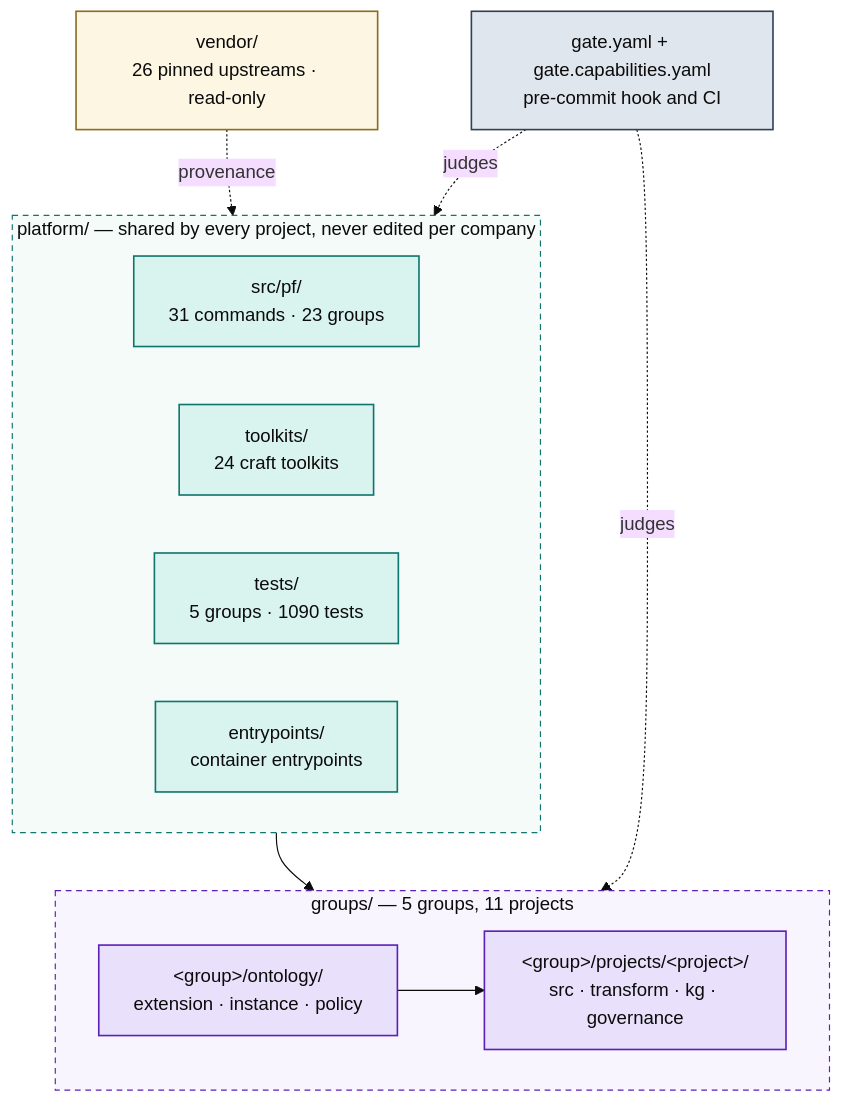
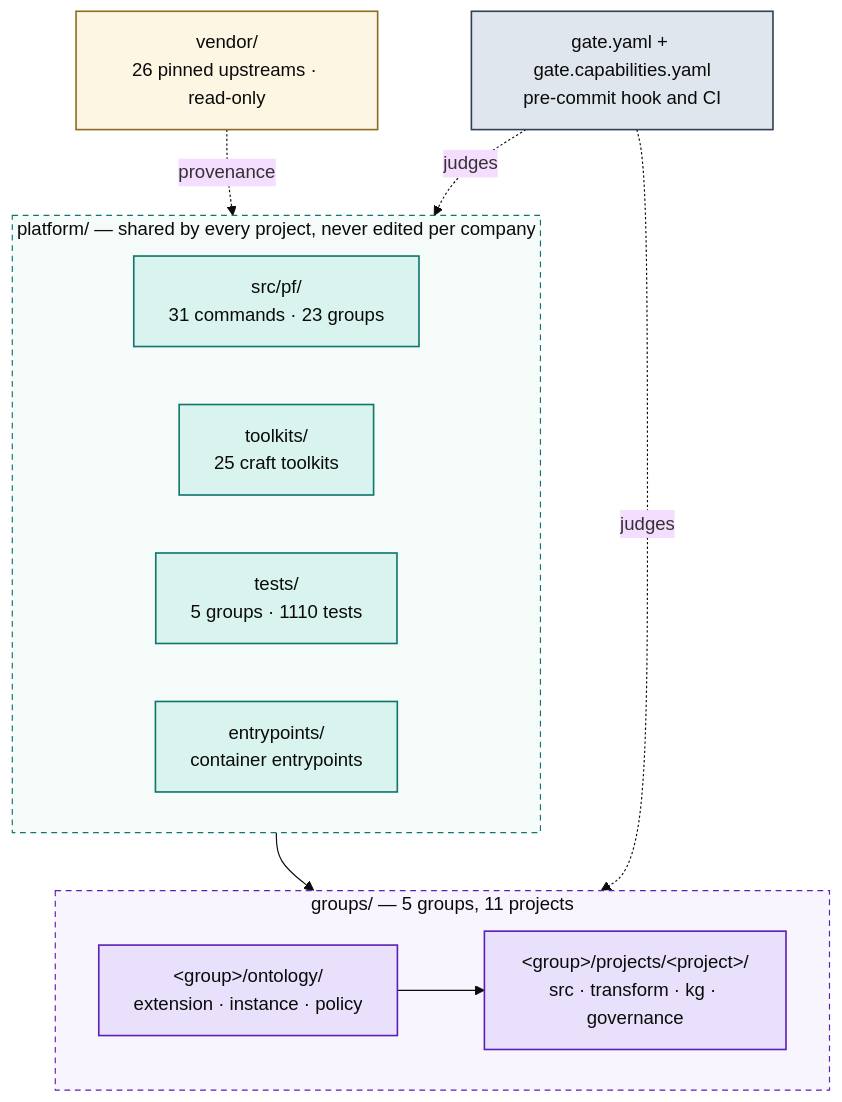
Before and after one commit to Atomz-org/data-platform: the first of 5 diagrams in docs/ARCHITECTURE.md, drawn with Mermaid (base theme). The commit also changed other lines of this file and 7 other files, not shown here.

````diff
--- a/docs/ARCHITECTURE.md
+++ b/docs/ARCHITECTURE.md
@@ -15,36 +15,36 @@
 ```mermaid
 flowchart TB
   subgraph SHARED["platform/ — shared by every project, never edited per company"]
     direction LR
     ENG["src/pf/<br/>31 commands · 23 groups"]
-    TK["toolkits/<br/>24 craft toolkits"]
-    TST["tests/<br/>5 groups · 1090 tests"]
+    TK["toolkits/<br/>25 craft toolkits"]
+    TST["tests/<br/>5 groups · 1110 tests"]
     ENT["entrypoints/<br/>container entrypoints"]
   end
 
   subgraph ENTITIES["groups/ — 5 groups, 11 projects"]
     direction LR
     GRP["&lt;group&gt;/ontology/<br/>extension · instance · policy"]
     PRJ["&lt;group&gt;/projects/&lt;project&gt;/<br/>src · transform · kg · governance"]
     GRP --> PRJ
   end
 
   VEN["vendor/<br/>26 pinned upstreams · read-only"]
   GATE["gate.yaml + gate.capabilities.yaml<br/>pre-commit hook and CI"]
 
   SHARED --> ENTITIES
   VEN -.provenance.-> SHARED
   GATE -.judges.-> ENTITIES
   GATE -.judges.-> SHARED
 
   classDef code fill:#d9f4ee,stroke:#0f766e,stroke-width:1.4px,color:#0b0b0b
   classDef data fill:#e9e1fb,stroke:#5b21b6,stroke-width:1.4px,color:#0b0b0b
   classDef gov fill:#e0e6ed,stroke:#334155,stroke-width:1.4px,color:#0b0b0b
   classDef ext fill:#fdf6e3,stroke:#8a6d1f,stroke-width:1.4px,color:#0b0b0b
   class ENG,TK,TST,ENT code
   class GRP,PRJ data
   class GATE gov
   class VEN ext
   style SHARED fill:#f4fbf9,stroke:#0f766e,stroke-dasharray:5 4,color:#0b0b0b
   style ENTITIES fill:#f8f5fe,stroke:#5b21b6,stroke-dasharray:5 4,color:#0b0b0b
 ```
````
